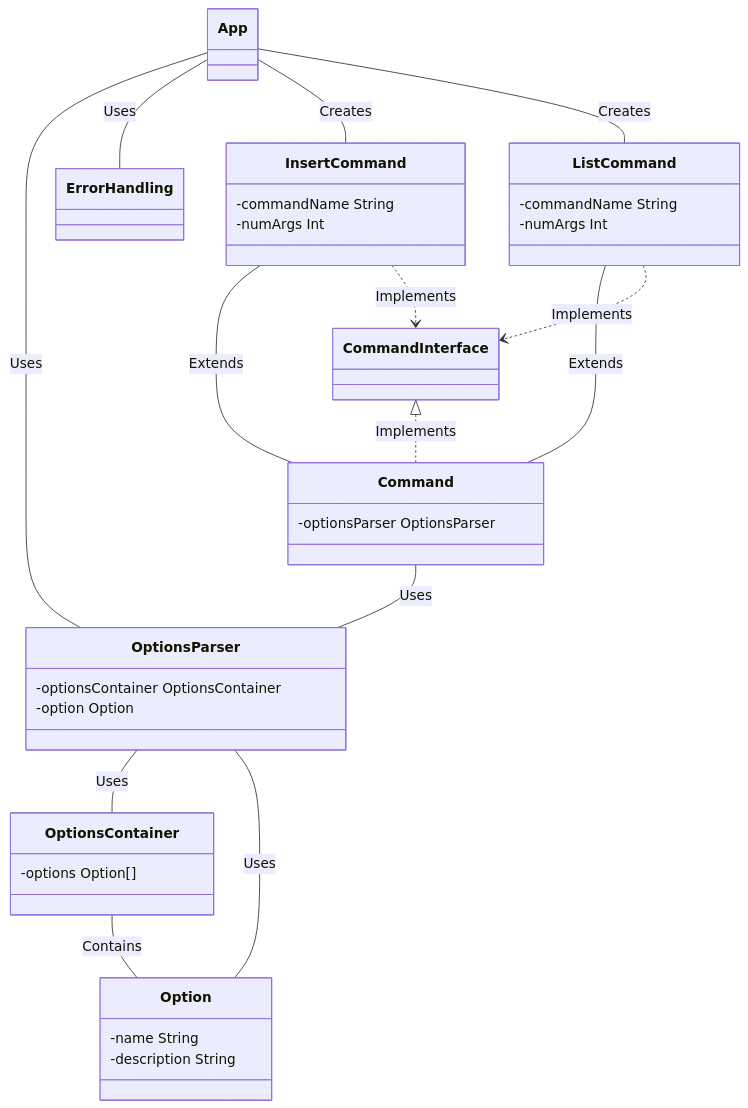
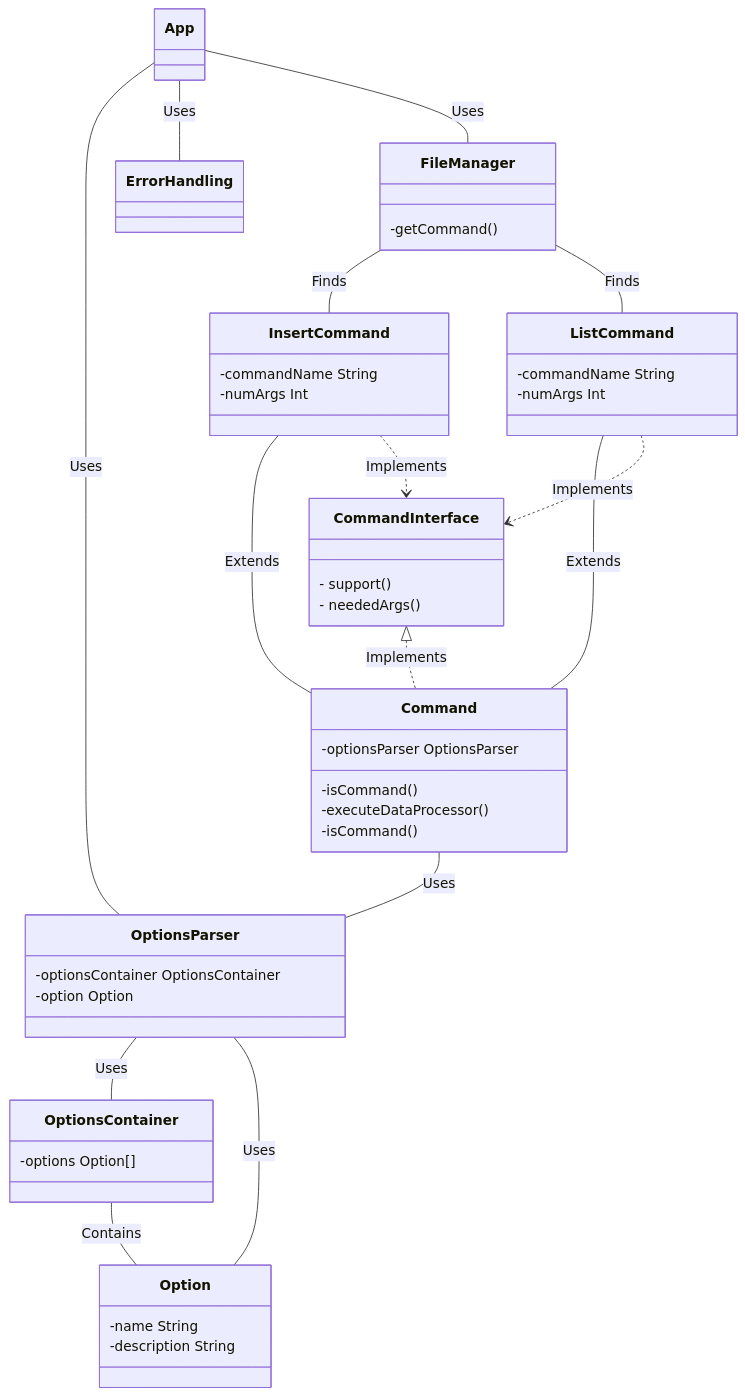
The diagram in docs/report.md (sachadvr/design-pattern), drawn with Mermaid before and after one commit. The commit also changed 10 other files, not shown here.

````diff
--- a/docs/report.md
+++ b/docs/report.md
@@ -38,26 +38,33 @@
 ```mermaid
 classDiagram
     App -- OptionsParser : Uses
     App -- ErrorHandling : Uses
-    App -- InsertCommand : Creates
-    App -- ListCommand : Creates
+    App -- FileManager : Uses
+    FileManager -- InsertCommand : Finds
+    FileManager -- ListCommand : Finds
+    FileManager: -getCommand()
     OptionsParser -- OptionsContainer : Uses
     OptionsParser -- Option : Uses
     OptionsParser : -optionsContainer OptionsContainer
     OptionsParser : -option Option
     CommandInterface <|.. Command : Implements
+    CommandInterface :- support()
+    CommandInterface :- neededArgs()
     Command -- OptionsParser : Uses
     Command : -optionsParser OptionsParser
+    Command : -isCommand()
+    Command : -executeDataProcessor()
+    Command : -isCommand()
     InsertCommand -- Command : Extends
     InsertCommand : -commandName String
     InsertCommand : -numArgs Int
     ListCommand -- Command : Extends
     ListCommand : -commandName String
     ListCommand : -numArgs Int
     ListCommand ..> CommandInterface : Implements
     InsertCommand ..> CommandInterface : Implements
     OptionsContainer -- Option : Contains
     OptionsContainer : -options Option[]
     Option : -name String
     Option : -description String
 ```
````
